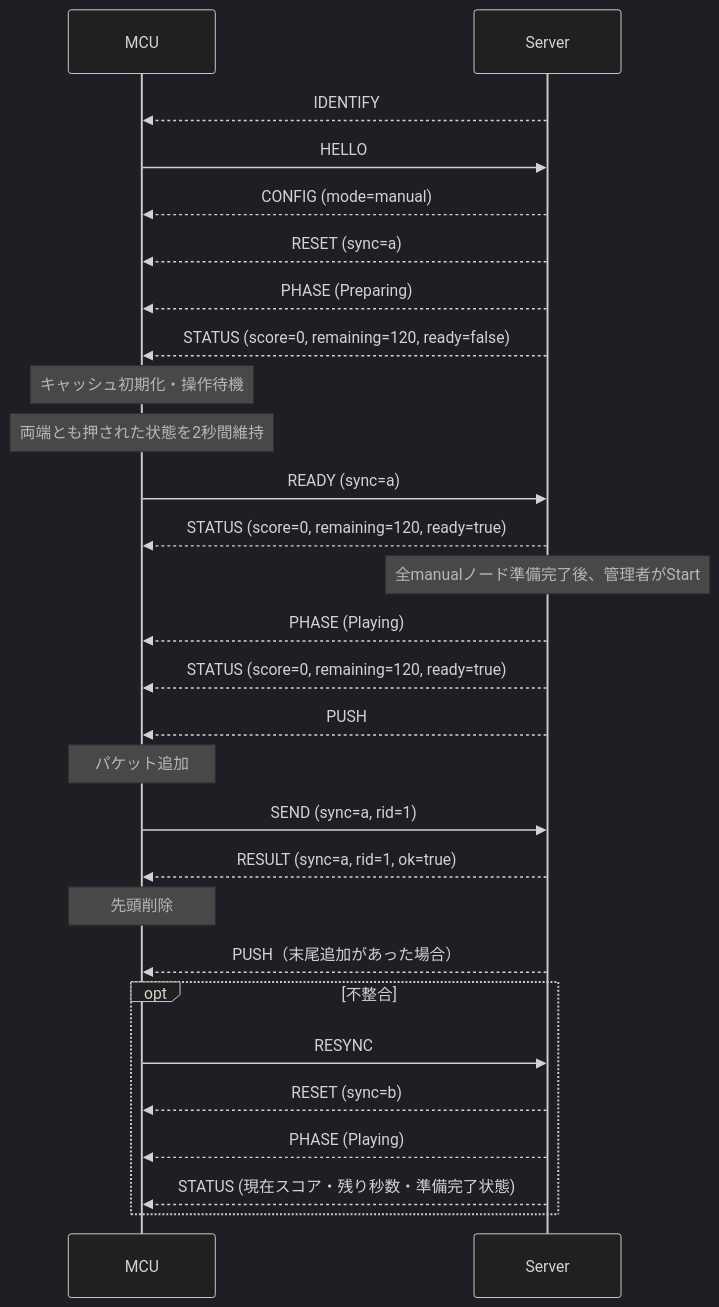
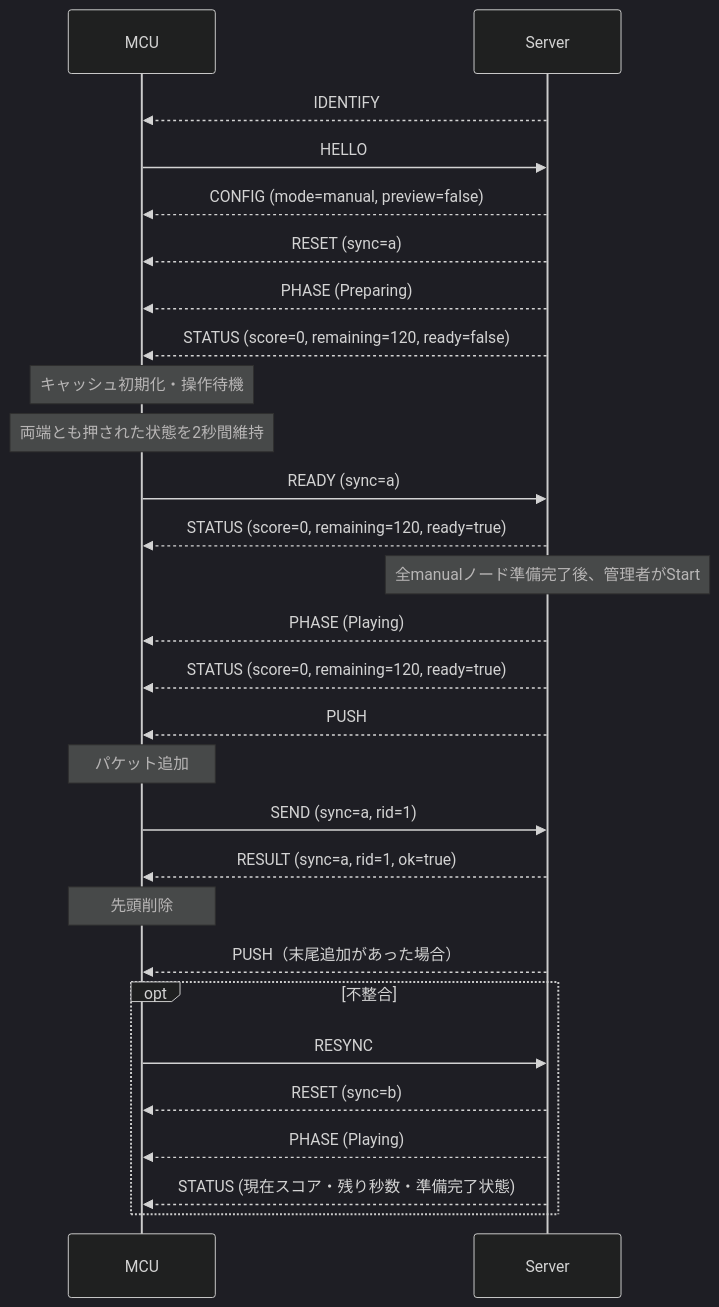
One commit to canta-9142/D4_Exhi changed the diagram in docs/spec/player.md. Above: the diagram before and after it, drawn with Mermaid (dark theme). The commit also changed other lines of this file and 4 other files, not shown here.

````diff
--- a/docs/spec/player.md
+++ b/docs/spec/player.md
@@ -307,30 +358,30 @@
 ```mermaid
 sequenceDiagram
     participant M as MCU
     participant S as Server
     S-->>M: IDENTIFY
     M->>S: HELLO
-    S-->>M: CONFIG (mode=manual)
+    S-->>M: CONFIG (mode=manual, preview=false)
     S-->>M: RESET (sync=a)
     S-->>M: PHASE (Preparing)
     S-->>M: STATUS (score=0, remaining=120, ready=false)
     Note over M: キャッシュ初期化・操作待機
     Note over M: 両端とも押された状態を2秒間維持
     M->>S: READY (sync=a)
     S-->>M: STATUS (score=0, remaining=120, ready=true)
     Note over S: 全manualノード準備完了後、管理者がStart
     S-->>M: PHASE (Playing)
     S-->>M: STATUS (score=0, remaining=120, ready=true)
     S-->>M: PUSH
     Note over M: パケット追加
     M->>S: SEND (sync=a, rid=1)
     S-->>M: RESULT (sync=a, rid=1, ok=true)
     Note over M: 先頭削除
     S-->>M: PUSH（末尾追加があった場合）
     opt 不整合
         M->>S: RESYNC
         S-->>M: RESET (sync=b)
         S-->>M: PHASE (Playing)
         S-->>M: STATUS (現在スコア・残り秒数・準備完了状態)
     end
 ```
````
